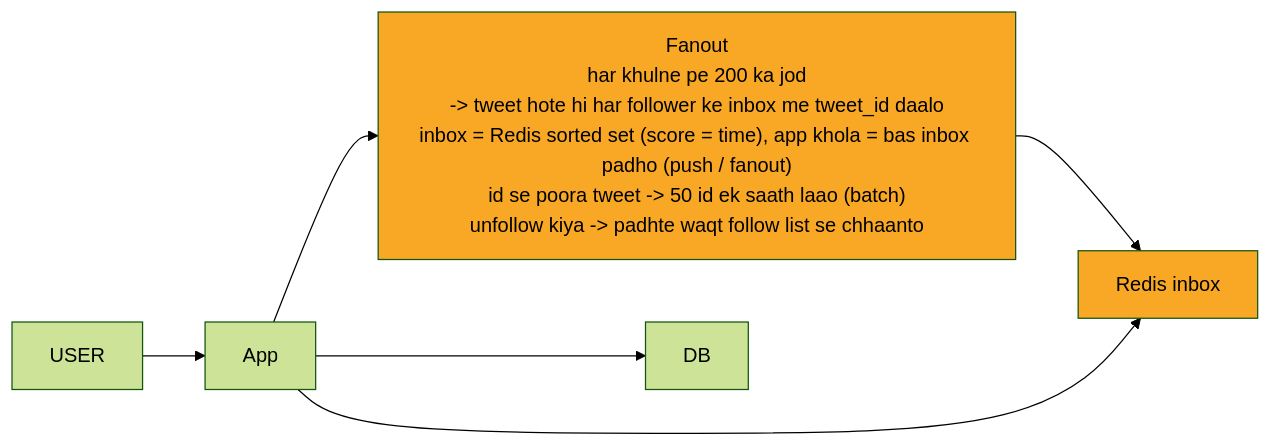
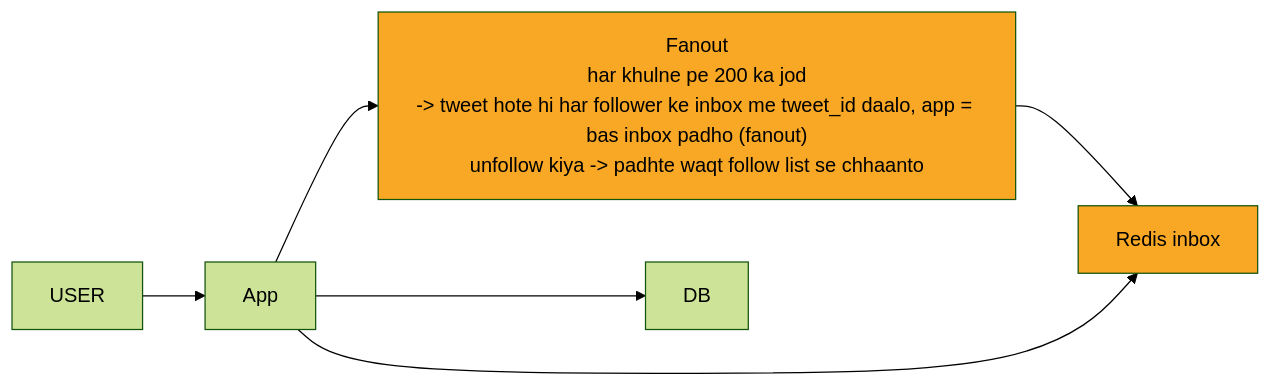
One commit to ArpanMaheshwari144/Prep changed the diagram in 04_HLD/SYSTEM_DESIGNS/03_twitter_feed/img/c1.mmd. Above: the diagram before and after it, drawn with Mermaid (forest theme). The commit also changed 42 other files, not shown here.

```diff
--- a/04_HLD/SYSTEM_DESIGNS/03_twitter_feed/img/c1.mmd
+++ b/04_HLD/SYSTEM_DESIGNS/03_twitter_feed/img/c1.mmd
@@ -1,14 +1,14 @@
 %%{init: {"flowchart": {"wrappingWidth": 450}}}%%
 flowchart LR
     n_USER["USER"]
     n_App["App"]
-    n_Fanout["Fanout<br/>har khulne pe 200 ka jod<br/>-> tweet hote hi har follower ke inbox me tweet_id daalo<br/>inbox = Redis sorted set (score = time), app khola = bas inbox padho (push / fanout)<br/>id se poora tweet -> 50 id ek saath laao (batch)<br/>unfollow kiya -> padhte waqt follow list se chhaanto"]
+    n_Fanout["Fanout<br/>har khulne pe 200 ka jod<br/>-> tweet hote hi har follower ke inbox me tweet_id daalo, app = bas inbox padho (fanout)<br/>unfollow kiya -> padhte waqt follow list se chhaanto"]
     n_Redis_inbox["Redis inbox"]
     n_DB["DB"]
     n_USER --> n_App
     n_App --> n_Fanout
     n_App --> n_DB
     n_Fanout --> n_Redis_inbox
     n_App --> n_Redis_inbox
     style n_Fanout fill:#f9a825,color:#000
     style n_Redis_inbox fill:#f9a825,color:#000
```
